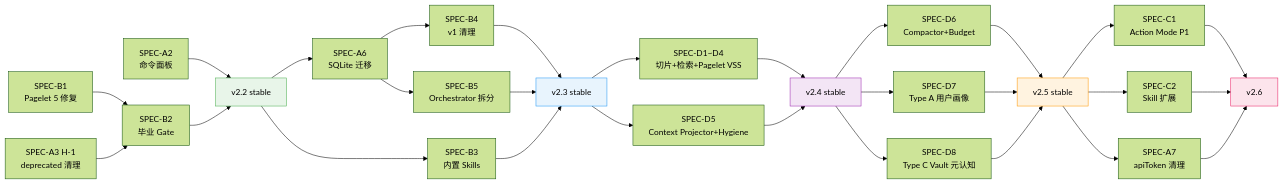
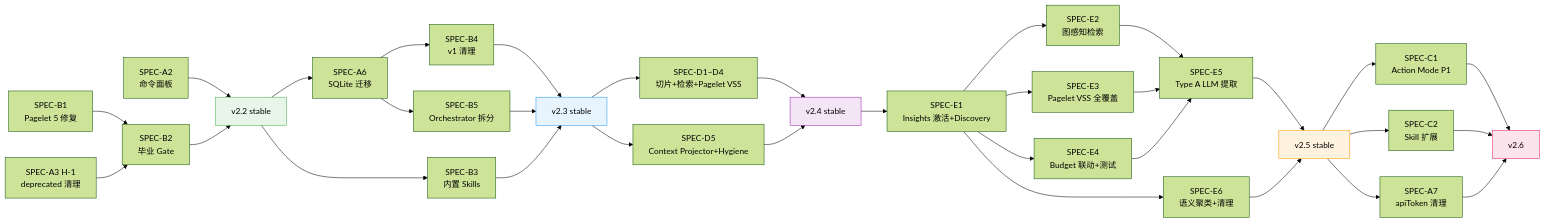
The diagram in docs/development-roadmap.md (edonyzpc/personal-assistant), drawn with Mermaid (forest theme) before and after one commit. The commit also changed other lines of this file and 35 other files, not shown here.

````diff
--- a/docs/development-roadmap.md
+++ b/docs/development-roadmap.md
@@ -245,40 +234,44 @@
 ```mermaid
 graph LR
     B1[SPEC-B1<br/>Pagelet 5 修复] --> B2[SPEC-B2<br/>毕业 Gate]
     A3H1[SPEC-A3 H-1<br/>deprecated 清理] --> B2
     A2[SPEC-A2<br/>命令面板] --> V22[v2.2 stable]
     B2 --> V22
 
     V22 --> A6[SPEC-A6<br/>SQLite 迁移]
     V22 --> B3[SPEC-B3<br/>内置 Skills]
     A6 --> B4[SPEC-B4<br/>v1 清理]
     A6 --> B5[SPEC-B5<br/>Orchestrator 拆分]
     B4 --> V23[v2.3 stable]
     B5 --> V23
     B3 --> V23
 
     V23 --> D1[SPEC-D1~D4<br/>切片+检索+Pagelet VSS]
     V23 --> D5[SPEC-D5<br/>Context Projector+Hygiene]
     D1 --> V24[v2.4 stable]
     D5 --> V24
 
-    V24 --> D6[SPEC-D6<br/>Compactor+Budget]
-    V24 --> D7[SPEC-D7<br/>Type A 用户画像]
-    V24 --> D8[SPEC-D8<br/>Type C Vault 元认知]
-    D6 --> V25[v2.5 stable]
-    D7 --> V25
-    D8 --> V25
+    V24 --> E1[SPEC-E1<br/>Insights 激活+Discovery]
+    E1 --> E2[SPEC-E2<br/>图感知检索]
+    E1 --> E3[SPEC-E3<br/>Pagelet VSS 全覆盖]
+    E1 --> E4[SPEC-E4<br/>Budget 联动+测试]
+    E2 --> E5[SPEC-E5<br/>Type A LLM 提取]
+    E3 --> E5
+    E4 --> E5
+    E1 --> E6[SPEC-E6<br/>语义聚类+清理]
+    E5 --> V25[v2.5 stable]
+    E6 --> V25
 
     V25 --> C1[SPEC-C1<br/>Action Mode P1]
     V25 --> C2[SPEC-C2<br/>Skill 扩展]
     V25 --> A7[SPEC-A7<br/>apiToken 清理]
     C1 --> V26[v2.6]
     C2 --> V26
     A7 --> V26
 
     style V22 fill:#e8f5e9,stroke:#4caf50
     style V23 fill:#e8f4fd,stroke:#2196f3
     style V24 fill:#f3e5f5,stroke:#9c27b0
     style V25 fill:#fff3e0,stroke:#ff9800
     style V26 fill:#fce4ec,stroke:#e91e63
 ```
````
